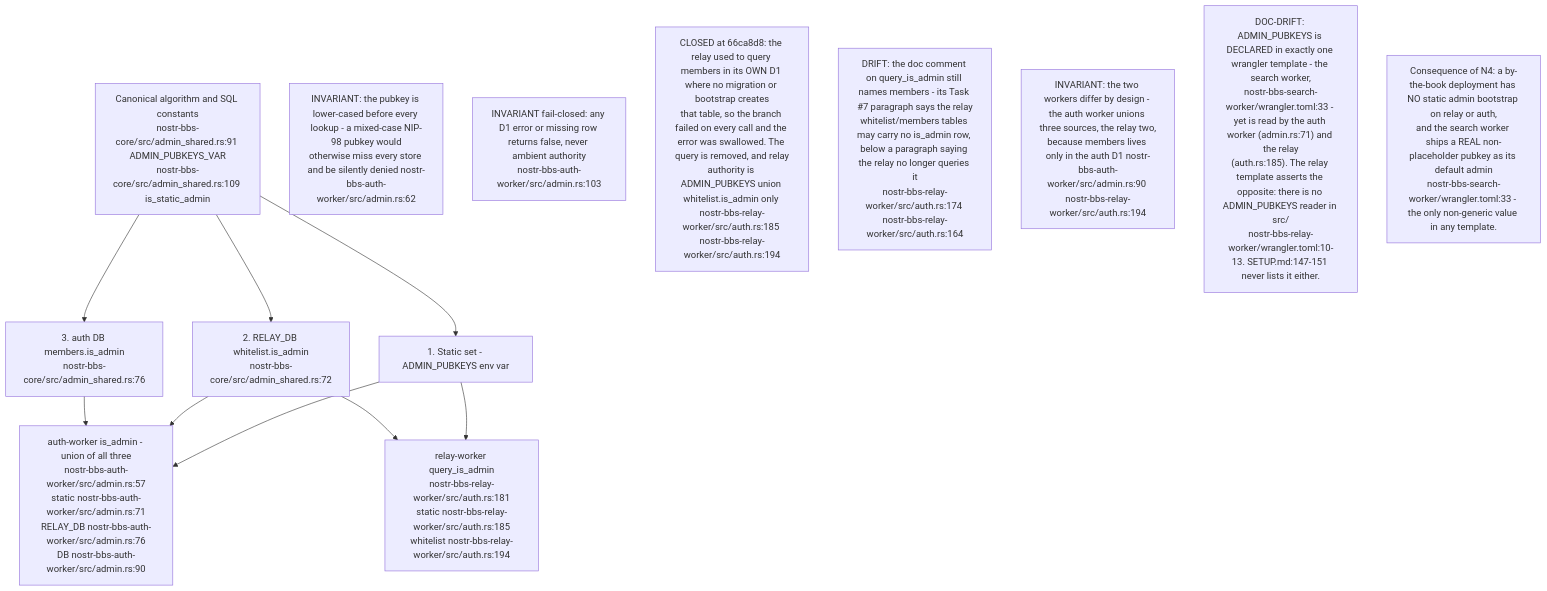
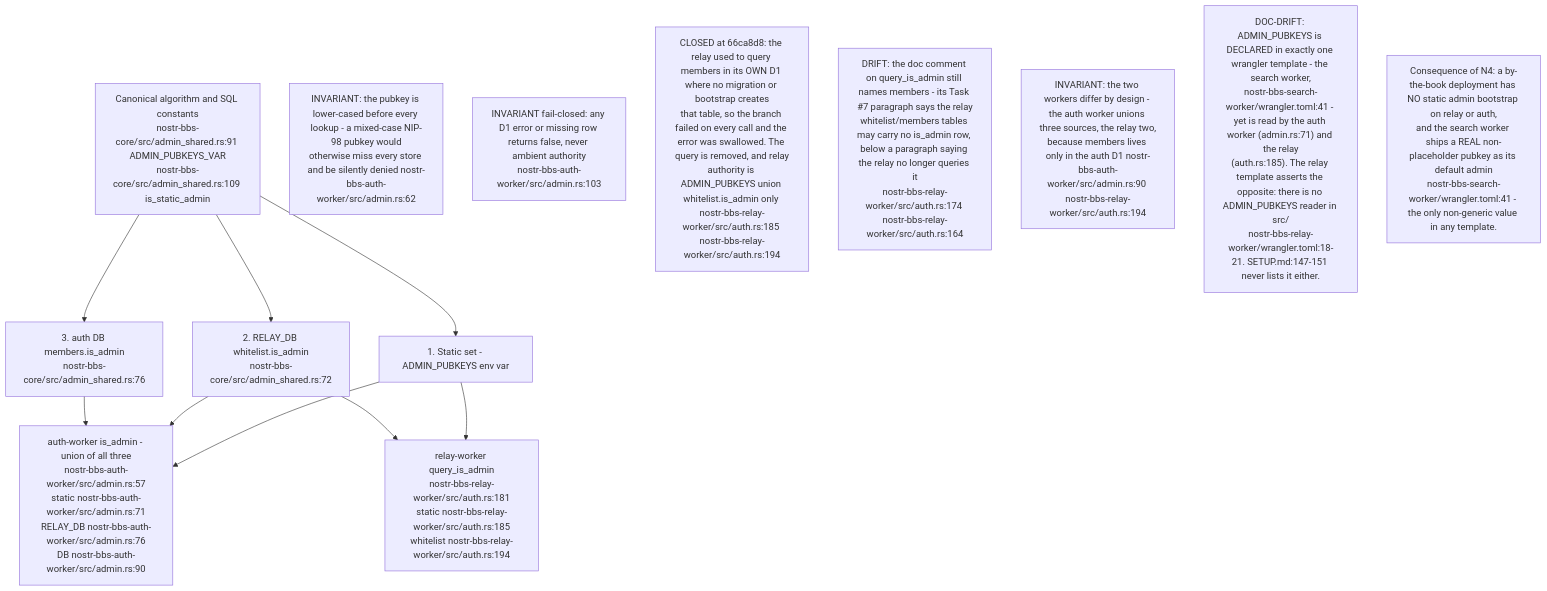
One commit to DreamLab-AI/VisionFlow changed the seventh of 9 diagrams in docs/diagrams/nostr-rust-forum/08-config-zones-stores-and-admin-authority.md. Above: the diagram before and after it, drawn with Mermaid. The commit also changed other lines of this file and 145 other files, not shown here.

````diff
--- a/docs/diagrams/nostr-rust-forum/08-config-zones-stores-and-admin-authority.md
+++ b/docs/diagrams/nostr-rust-forum/08-config-zones-stores-and-admin-authority.md
@@ -246,21 +246,21 @@
 ```mermaid
 flowchart TB
     CANON["Canonical algorithm and SQL constants<br/>nostr-bbs-core/src/admin_shared.rs:91 ADMIN_PUBKEYS_VAR<br/>nostr-bbs-core/src/admin_shared.rs:109 is_static_admin"]
     S1["1. Static set - ADMIN_PUBKEYS env var"]
     S2["2. RELAY_DB whitelist.is_admin<br/>nostr-bbs-core/src/admin_shared.rs:72"]
     S3["3. auth DB members.is_admin<br/>nostr-bbs-core/src/admin_shared.rs:76"]
     AUTHIS["auth-worker is_admin - union of all three<br/>nostr-bbs-auth-worker/src/admin.rs:57<br/>static nostr-bbs-auth-worker/src/admin.rs:71<br/>RELAY_DB nostr-bbs-auth-worker/src/admin.rs:76<br/>DB nostr-bbs-auth-worker/src/admin.rs:90"]
     RELIS["relay-worker query_is_admin<br/>nostr-bbs-relay-worker/src/auth.rs:181<br/>static nostr-bbs-relay-worker/src/auth.rs:185<br/>whitelist nostr-bbs-relay-worker/src/auth.rs:194"]
 
     CANON --> S1 & S2 & S3
     S1 & S2 & S3 --> AUTHIS
     S1 & S2 --> RELIS
 
     N1["INVARIANT: the pubkey is lower-cased before every lookup - a mixed-case NIP-98 pubkey would<br/>otherwise miss every store and be silently denied nostr-bbs-auth-worker/src/admin.rs:62"]
     N2["INVARIANT fail-closed: any D1 error or missing row returns false, never ambient authority<br/>nostr-bbs-auth-worker/src/admin.rs:103"]
     N3["CLOSED at 66ca8d8: the relay used to query members in its OWN D1 where no migration or bootstrap creates<br/>that table, so the branch failed on every call and the error was swallowed. The query is removed, and relay<br/>authority is ADMIN_PUBKEYS union whitelist.is_admin only nostr-bbs-relay-worker/src/auth.rs:185 nostr-bbs-relay-worker/src/auth.rs:194"]
     N3B["DRIFT: the doc comment on query_is_admin still names members - its Task #7 paragraph says the relay<br/>whitelist/members tables may carry no is_admin row, below a paragraph saying the relay no longer queries it<br/>nostr-bbs-relay-worker/src/auth.rs:174 nostr-bbs-relay-worker/src/auth.rs:164"]
     N3C["INVARIANT: the two workers differ by design - the auth worker unions three sources, the relay two,<br/>because members lives only in the auth D1 nostr-bbs-auth-worker/src/admin.rs:90 nostr-bbs-relay-worker/src/auth.rs:194"]
-    N4["DOC-DRIFT: ADMIN_PUBKEYS is DECLARED in exactly one wrangler template - the search worker,<br/>nostr-bbs-search-worker/wrangler.toml:33 - yet is read by the auth worker (admin.rs:71) and the relay<br/>(auth.rs:185). The relay template asserts the opposite: there is no ADMIN_PUBKEYS reader in src/<br/>nostr-bbs-relay-worker/wrangler.toml:10-13. SETUP.md:147-151 never lists it either."]
-    N5["Consequence of N4: a by-the-book deployment has NO static admin bootstrap on relay or auth,<br/>and the search worker ships a REAL non-placeholder pubkey as its default admin<br/>nostr-bbs-search-worker/wrangler.toml:33 - the only non-generic value in any template."]
+    N4["DOC-DRIFT: ADMIN_PUBKEYS is DECLARED in exactly one wrangler template - the search worker,<br/>nostr-bbs-search-worker/wrangler.toml:41 - yet is read by the auth worker (admin.rs:71) and the relay<br/>(auth.rs:185). The relay template asserts the opposite: there is no ADMIN_PUBKEYS reader in src/<br/>nostr-bbs-relay-worker/wrangler.toml:18-21. SETUP.md:147-151 never lists it either."]
+    N5["Consequence of N4: a by-the-book deployment has NO static admin bootstrap on relay or auth,<br/>and the search worker ships a REAL non-placeholder pubkey as its default admin<br/>nostr-bbs-search-worker/wrangler.toml:41 - the only non-generic value in any template."]
 ```
````
